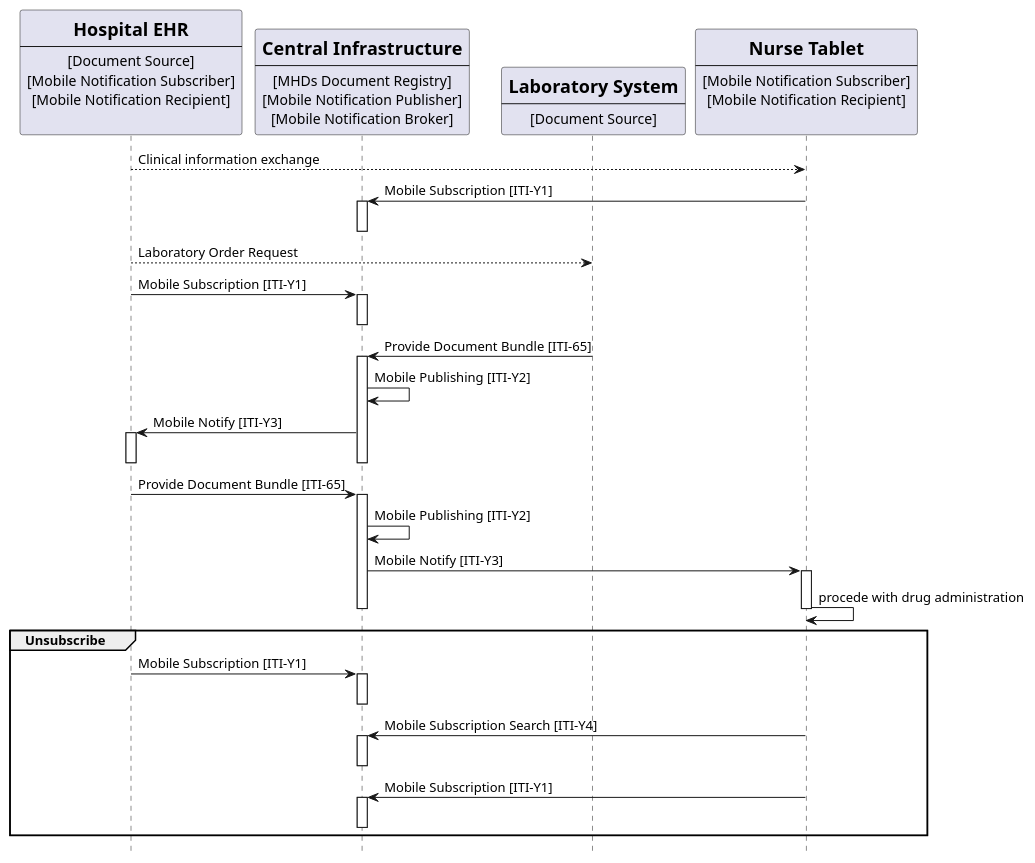
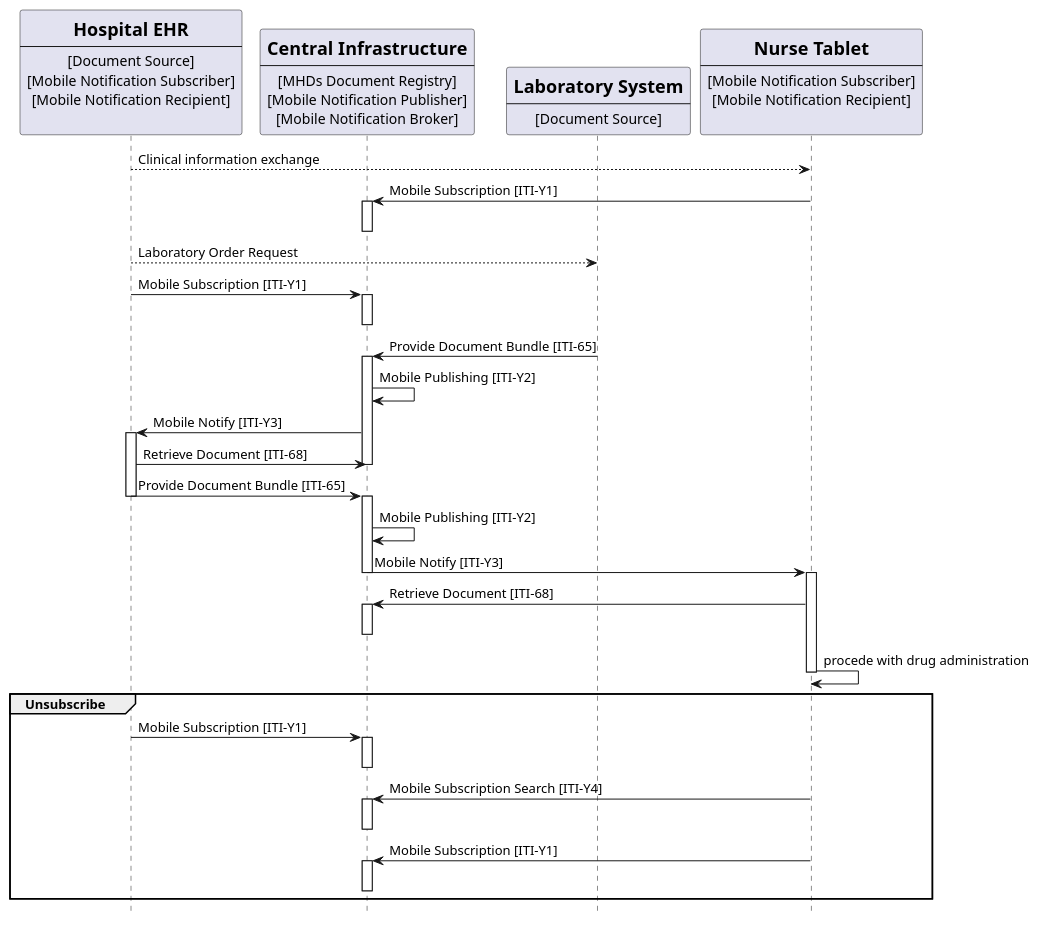
One commit to IHE/ITI.DSUBm changed the diagram in input/images-source/usecase1-processflow.plantuml. Above: the diagram before and after it, drawn with PlantUML. The commit also changed 2 other files, not shown here.

```diff
--- a/input/images-source/usecase1-processflow.plantuml
+++ b/input/images-source/usecase1-processflow.plantuml
@@ -1,85 +1,89 @@
 @startuml
 skinparam svgDimensionStyle false
 hide footbox
 
 
 participant HospitalEHR [
     =Hospital EHR
     ----
     [Document Source]
     [Mobile Notification Subscriber]
     [Mobile Notification Recipient]
     
 ] 
 
 participant MHDsDocumentRegistry [
     =Central Infrastructure
     ----
     [MHDs Document Registry]
     [Mobile Notification Publisher]
     [Mobile Notification Broker]
     ] 
 
 
 
 participant LaboratorySystem [
     =Laboratory System
     ----
     [Document Source]
 ] 
 
 participant NurseTablet [
     =Nurse Tablet
     ----
     [Mobile Notification Subscriber]
     [Mobile Notification Recipient]
     
 ] 
 
 HospitalEHR --> NurseTablet:  Clinical information exchange
 NurseTablet -> MHDsDocumentRegistry:   Mobile Subscription [ITI-Y1]
 activate MHDsDocumentRegistry
 deactivate MHDsDocumentRegistry
 HospitalEHR --> LaboratorySystem:  Laboratory Order Request
 
 HospitalEHR -> MHDsDocumentRegistry:  Mobile Subscription [ITI-Y1]
 activate MHDsDocumentRegistry
 deactivate MHDsDocumentRegistry
 
 
 
 
 LaboratorySystem -> MHDsDocumentRegistry: Provide Document Bundle [ITI-65]
 activate MHDsDocumentRegistry
 MHDsDocumentRegistry -> MHDsDocumentRegistry : Mobile Publishing [ITI-Y2]
 MHDsDocumentRegistry -> HospitalEHR : Mobile Notify [ITI-Y3]
 activate HospitalEHR
+
+HospitalEHR -> MHDsDocumentRegistry:  Retrieve Document [ITI-68]
 deactivate MHDsDocumentRegistry
+HospitalEHR -> MHDsDocumentRegistry: Provide Document Bundle [ITI-65]
 deactivate HospitalEHR
 
-
-
-HospitalEHR -> MHDsDocumentRegistry: Provide Document Bundle [ITI-65]
 activate MHDsDocumentRegistry
 MHDsDocumentRegistry -> MHDsDocumentRegistry : Mobile Publishing [ITI-Y2]
 MHDsDocumentRegistry -> NurseTablet : Mobile Notify [ITI-Y3]
+deactivate MHDsDocumentRegistry
 activate NurseTablet
+NurseTablet -> MHDsDocumentRegistry: Retrieve Document [ITI-68]
+activate MHDsDocumentRegistry
+deactivate MHDsDocumentRegistry
 NurseTablet -> NurseTablet: procede with drug administration
 deactivate NurseTablet
-deactivate MHDsDocumentRegistry
+
 
 group Unsubscribe
   HospitalEHR ->MHDsDocumentRegistry: Mobile Subscription [ITI-Y1]
   activate MHDsDocumentRegistry
   deactivate MHDsDocumentRegistry
   
   NurseTablet ->MHDsDocumentRegistry: Mobile Subscription Search [ITI-Y4]
   activate MHDsDocumentRegistry
   deactivate MHDsDocumentRegistry
   
   NurseTablet ->MHDsDocumentRegistry : Mobile Subscription [ITI-Y1]
   activate MHDsDocumentRegistry
   deactivate MHDsDocumentRegistry
 end
 
 @enduml
```
